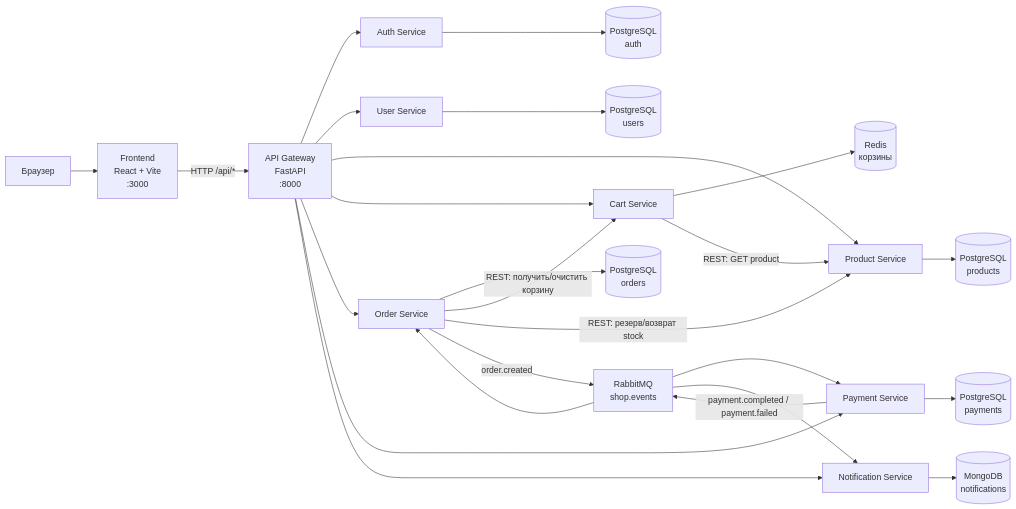
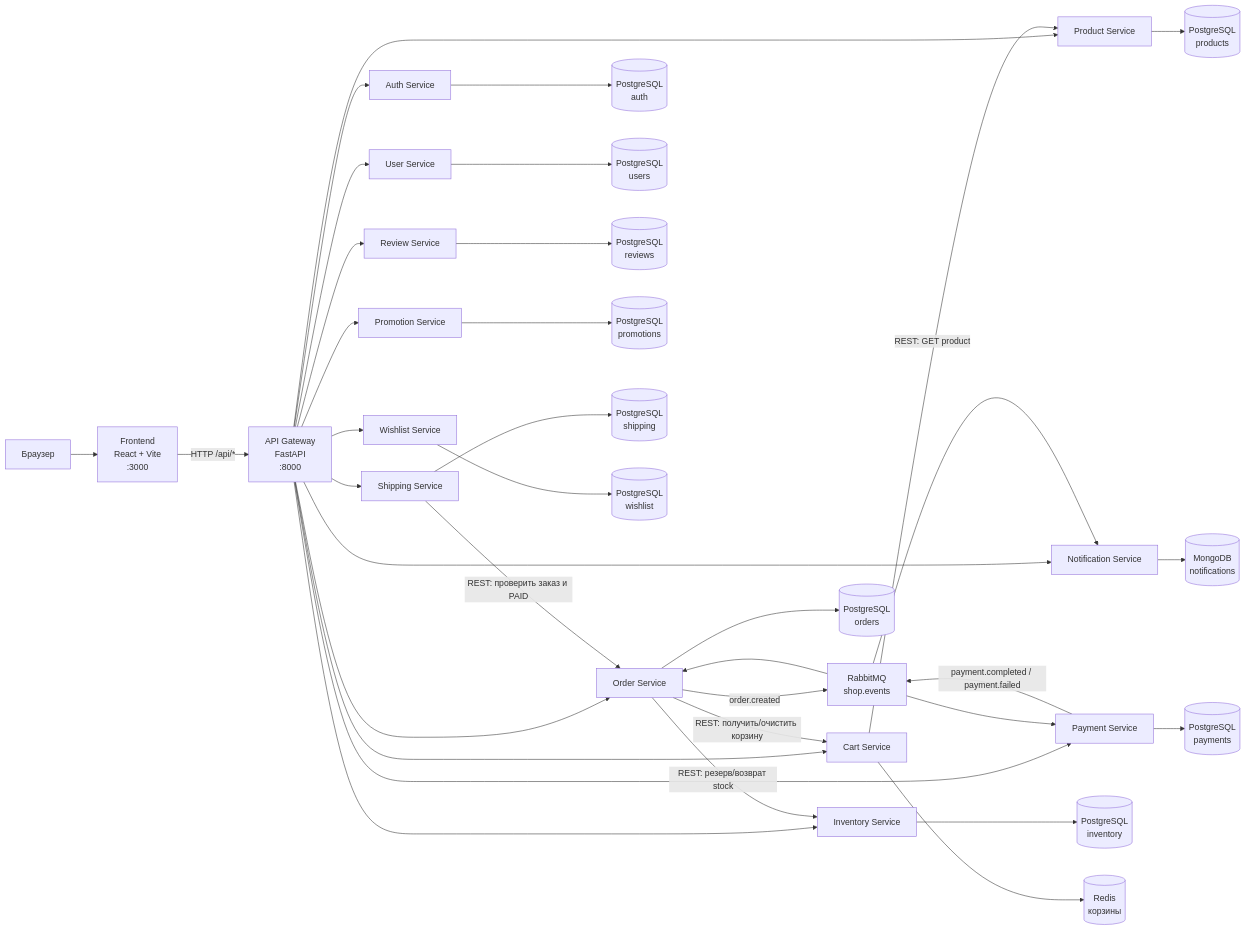
Before and after one commit to www1ndsr/ecommerce-microservices: the first of 3 diagrams in README.md, drawn with Mermaid. The commit also changed other lines of this file and 75 other files, not shown here.

````diff
--- a/README.md
+++ b/README.md
@@ -53,48 +53,69 @@
 ```mermaid
 flowchart LR
     Browser["Браузер"]
     Frontend["Frontend<br/>React + Vite<br/>:3000"]
     Gateway["API Gateway<br/>FastAPI<br/>:8000"]
     Auth["Auth Service"]
     User["User Service"]
     Product["Product Service"]
     Cart["Cart Service"]
     Order["Order Service"]
     Payment["Payment Service"]
     Notification["Notification Service"]
+    Inventory["Inventory Service"]
+    Review["Review Service"]
+    Promotion["Promotion Service"]
+    Shipping["Shipping Service"]
+    Wishlist["Wishlist Service"]
     AuthDB[("PostgreSQL<br/>auth")]
     UserDB[("PostgreSQL<br/>users")]
     ProductDB[("PostgreSQL<br/>products")]
     OrderDB[("PostgreSQL<br/>orders")]
     PaymentDB[("PostgreSQL<br/>payments")]
+    InventoryDB[("PostgreSQL<br/>inventory")]
+    ReviewDB[("PostgreSQL<br/>reviews")]
+    PromotionDB[("PostgreSQL<br/>promotions")]
+    ShippingDB[("PostgreSQL<br/>shipping")]
+    WishlistDB[("PostgreSQL<br/>wishlist")]
     Redis[("Redis<br/>корзины")]
     Mongo[("MongoDB<br/>notifications")]
     Rabbit["RabbitMQ<br/>shop.events"]
 
     Browser --> Frontend
     Frontend -->|"HTTP /api/*"| Gateway
     Gateway --> Auth
     Gateway --> User
     Gateway --> Product
     Gateway --> Cart
     Gateway --> Order
     Gateway --> Payment
     Gateway --> Notification
+    Gateway --> Inventory
+    Gateway --> Review
+    Gateway --> Promotion
+    Gateway --> Shipping
+    Gateway --> Wishlist
 
     Auth --> AuthDB
     User --> UserDB
     Product --> ProductDB
+    Inventory --> InventoryDB
+    Review --> ReviewDB
+    Promotion --> PromotionDB
+    Shipping --> ShippingDB
+    Wishlist --> WishlistDB
     Order --> OrderDB
     Payment --> PaymentDB
     Cart --> Redis
     Notification --> Mongo
 
     Cart -->|"REST: GET product"| Product
     Order -->|"REST: получить/очистить корзину"| Cart
-    Order -->|"REST: резерв/возврат stock"| Product
+    Order -->|"REST: резерв/возврат stock"| Inventory
+    Shipping -->|"REST: проверить заказ и PAID"| Order
     Order -->|"order.created"| Rabbit
     Rabbit --> Payment
     Payment -->|"payment.completed / payment.failed"| Rabbit
     Rabbit --> Order
     Rabbit --> Notification
 ```
````
